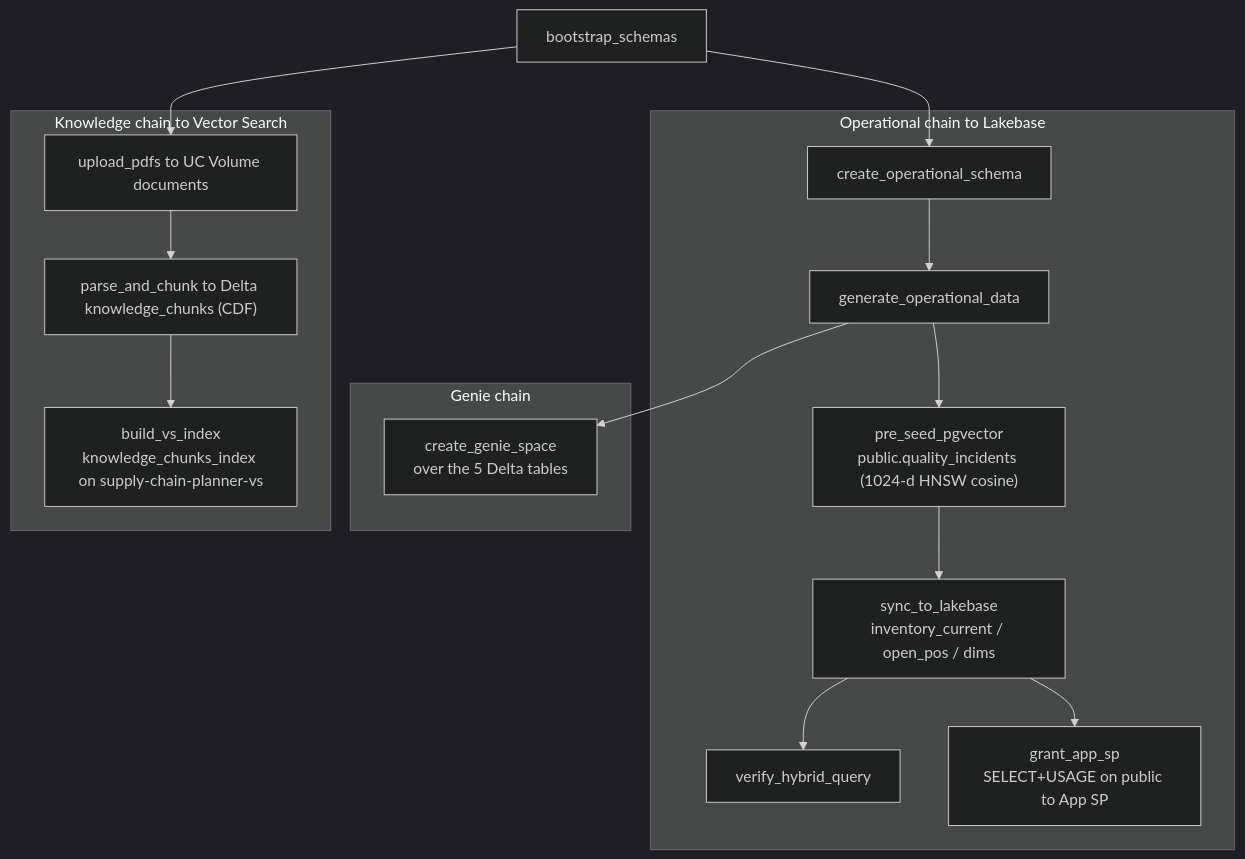
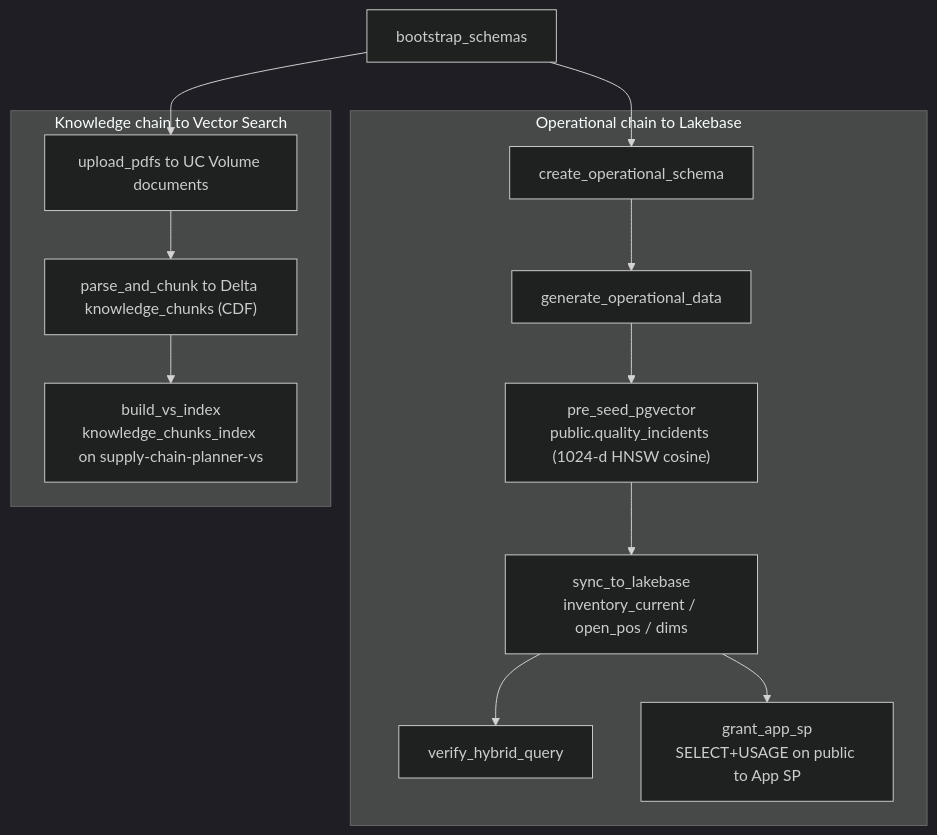
One commit to databricks-solutions/lakebase-for-ai-developers changed the second of 4 diagrams in docs/architecture.md. Above: the diagram before and after it, drawn with Mermaid (dark theme). The commit also changed other lines of this file and 14 other files, not shown here.

````diff
--- a/docs/architecture.md
+++ b/docs/architecture.md
@@ -64,30 +65,25 @@
 ```mermaid
 flowchart TB
   boot["bootstrap_schemas"]
 
   subgraph Op["Operational chain to Lakebase"]
     op1["create_operational_schema"]
     op2["generate_operational_data"]
     op3["pre_seed_pgvector<br/>public.quality_incidents (1024-d HNSW cosine)"]
     op4["sync_to_lakebase<br/>inventory_current / open_pos / dims"]
     op5["verify_hybrid_query"]
     op6["grant_app_sp<br/>SELECT+USAGE on public to App SP"]
     op1 --> op2 --> op3 --> op4 --> op5
     op4 --> op6
   end
 
-  subgraph Gen["Genie chain"]
-    g1["create_genie_space<br/>over the 5 Delta tables"]
-  end
-
   subgraph Kn["Knowledge chain to Vector Search"]
     k1["upload_pdfs to UC Volume documents"]
     k2["parse_and_chunk to Delta knowledge_chunks (CDF)"]
     k3["build_vs_index<br/>knowledge_chunks_index on supply-chain-planner-vs"]
     k1 --> k2 --> k3
   end
 
   boot --> op1
-  op2 --> g1
   boot --> k1
 ```
````
